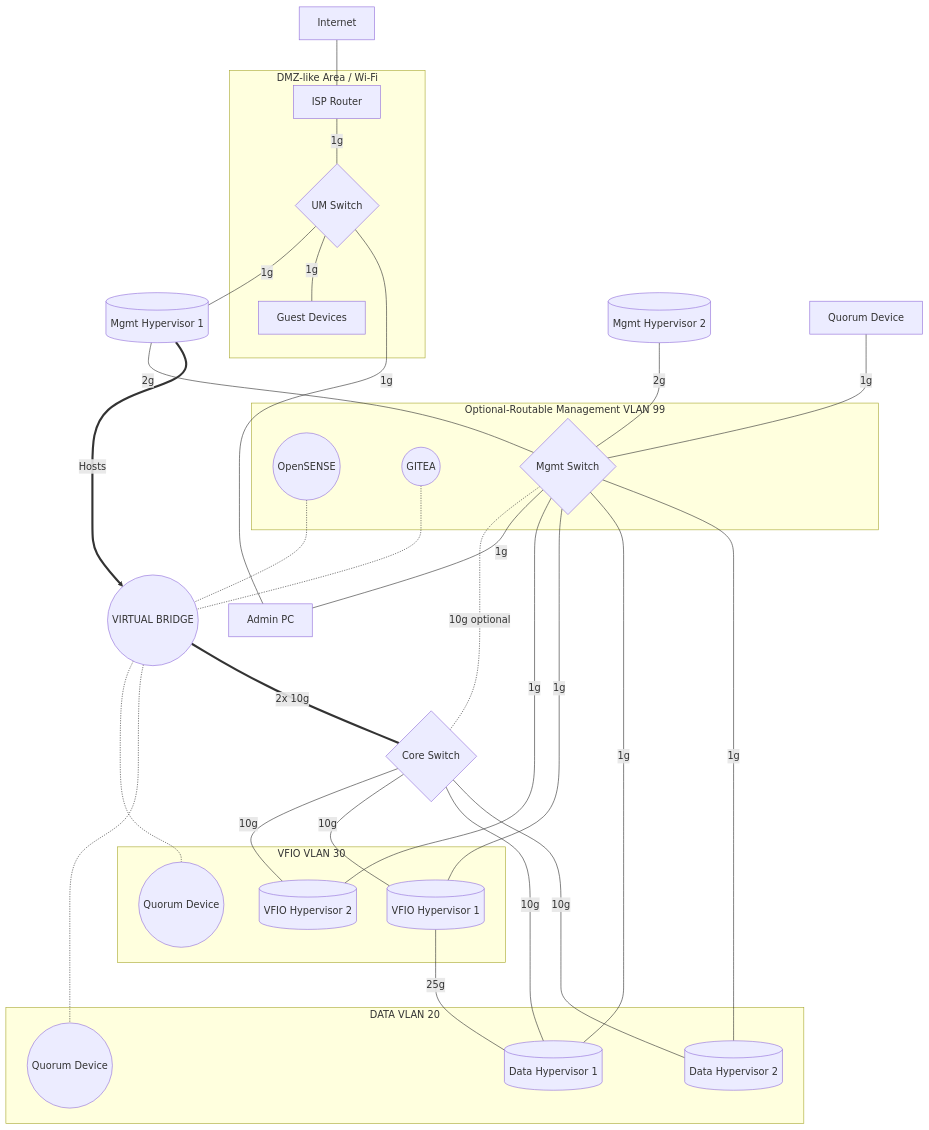
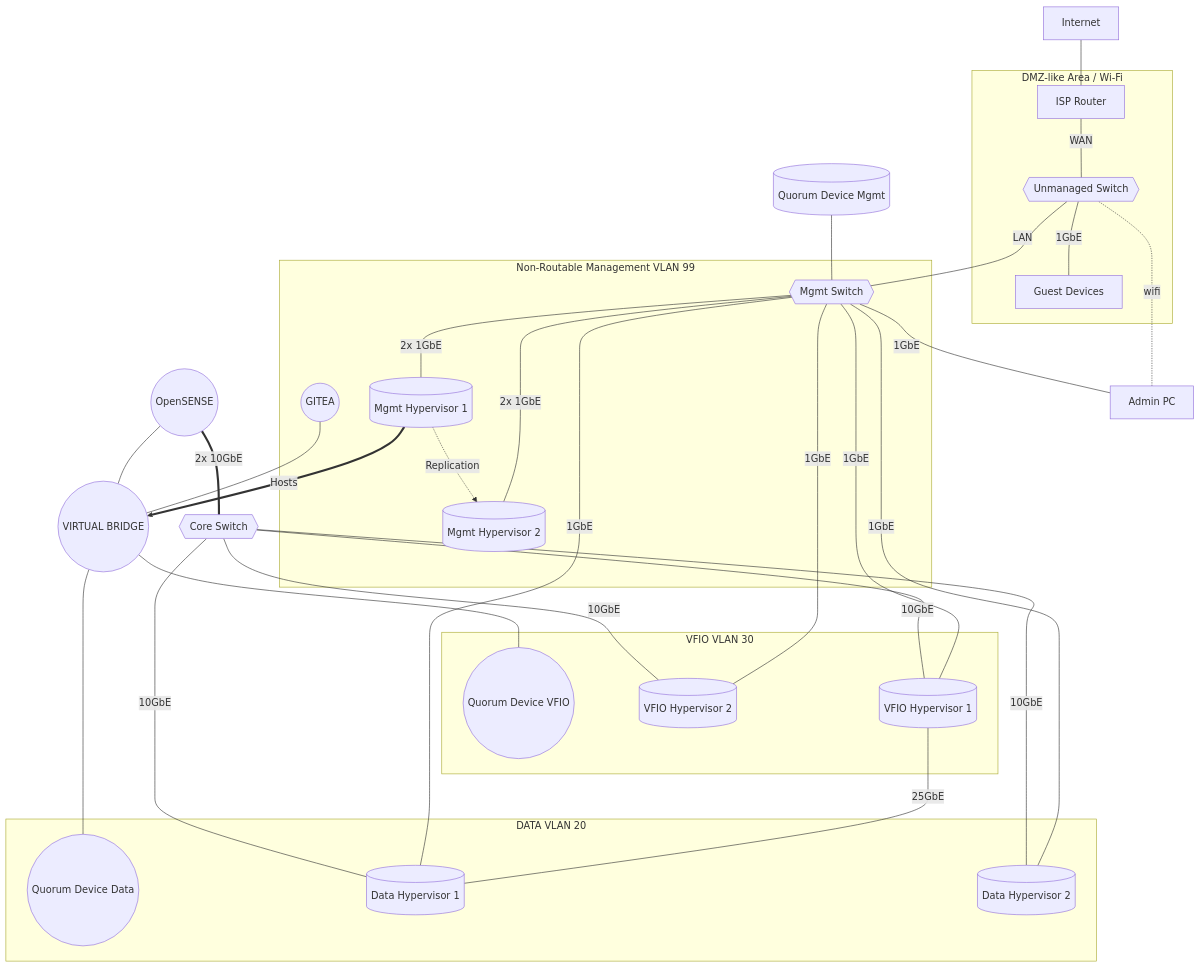
One commit to woeiru/lab changed the diagram in arc/net1.md. Above: the diagram before and after it, drawn with Mermaid.

````diff
--- a/arc/net1.md
+++ b/arc/net1.md
@@ -3,48 +3,50 @@
 ```mermaid
 graph TD
     INT[Internet] --- ISPR[ISP Router]
-    ISPR ---|1g| US
-    US{UM Switch} ---|1g| MH1
-    OPN((OpenSENSE)) -.- VB((VIRTUAL BRIDGE))
-    GIT((GITEA)) -.- VB
-    VB -.- QDV((Quorum Device))
-    VB -.- QDD((Quorum Device))
-    VB ===|2x 10g| CS{Core Switch}
-    MH1[(Mgmt Hypervisor 1)] ---|2g| MS{Mgmt Switch}
-    MH2[(Mgmt Hypervisor 2)] ---|2g| MS
-    QDM[Quorum Device] ---|1g| MS
-    MS -.-|10g optional| CS
-    MS ---|1g| APC[Admin PC]
-    APC ---|1g| US
+    ISPR ---|WAN| US{{Unmanaged Switch}}
+    US ---|LAN| MS{{Mgmt Switch}}
+    MS ---|2x 1GbE| MH1[(Mgmt Hypervisor 1)]
+    MH1 -.->|Replication| MH2[(Mgmt Hypervisor 2)]
+    MS ---|2x 1GbE| MH2
+    OPN((OpenSENSE)) --- VB((VIRTUAL BRIDGE))
+    GIT((GITEA)) --- VB
+    VB --- QDV((Quorum Device VFIO))
+    VB --- QDD((Quorum Device Data))
+    OPN ===|2x 10GbE| CS{{Core Switch}}
+    QDM[(Quorum Device Mgmt)] --- MS
+    MS ---|1GbE| APC[Admin PC]
+    APC -.-|wifi| US
     MH1 ==>|Hosts| VB
-    CS ---|10g| VH2[(VFIO Hypervisor 2)]
-    MS ---|1g| VH2
-    US ---|1g| GD[Guest Devices]
-    CS ---|10g| VH1[(VFIO Hypervisor 1)]
-    MS ---|1g| VH1
-    CS ---|10g| DH1[(Data Hypervisor 1)]
-    MS ---|1g| DH1
-    CS ---|10g| DH2[(Data Hypervisor 2)]
-    MS ---|1g| DH2
-    VH1 ---|25g| DH1
+    CS ---|10GbE| VH2[(VFIO Hypervisor 2)]
+    MS ---|1GbE| VH2
+    US ---|1GbE| GD[Guest Devices]
+    CS ---|10GbE| VH1[(VFIO Hypervisor 1)]
+    MS ---|1GbE| VH1
+    CS ---|10GbE| DH1[(Data Hypervisor 1)]
+    MS ---|1GbE| DH1
+    CS ---|10GbE| DH2[(Data Hypervisor 2)]
+    MS ---|1GbE| DH2
+    VH1 ---|25GbE| DH1
     subgraph VLAN20 [DATA VLAN 20]
         DH1
         DH2
         QDD
     end
     subgraph VLAN30 [VFIO VLAN 30]
         VH1
         VH2
         QDV
     end
-    subgraph VLAN99 [Optional-Routable Management VLAN 99]
+    subgraph VLAN99 [Non-Routable Management VLAN 99]
         MS
-        OPN
+        MH1
+        MH2
         GIT
     end
     subgraph DMZ [DMZ-like Area / Wi-Fi]
         ISPR
         GD
         US
     end
+
 ```
````
